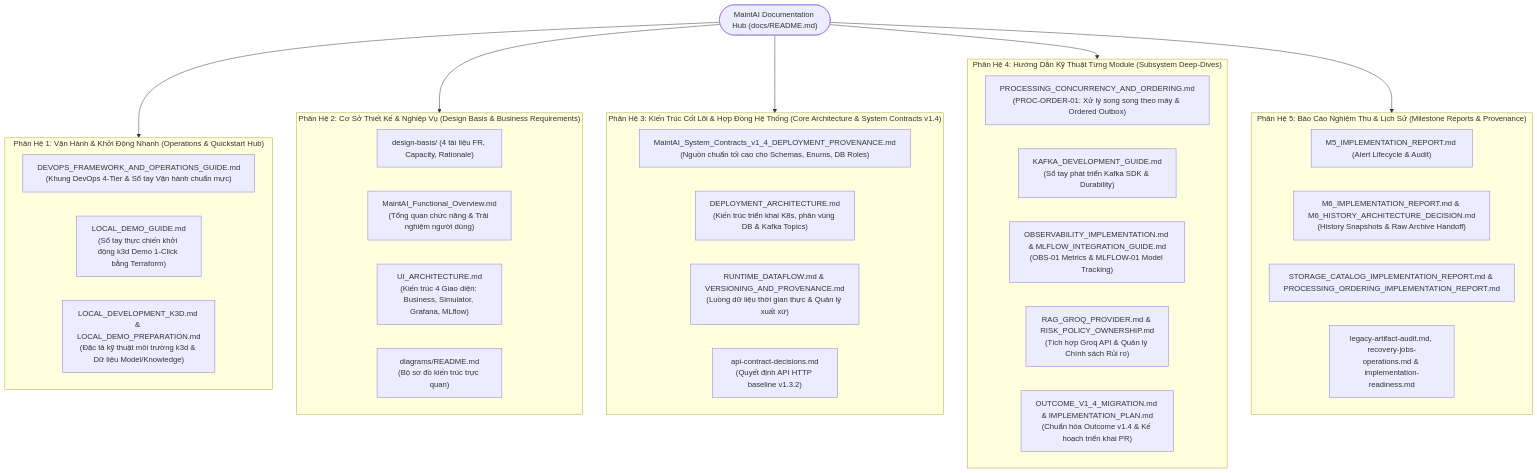
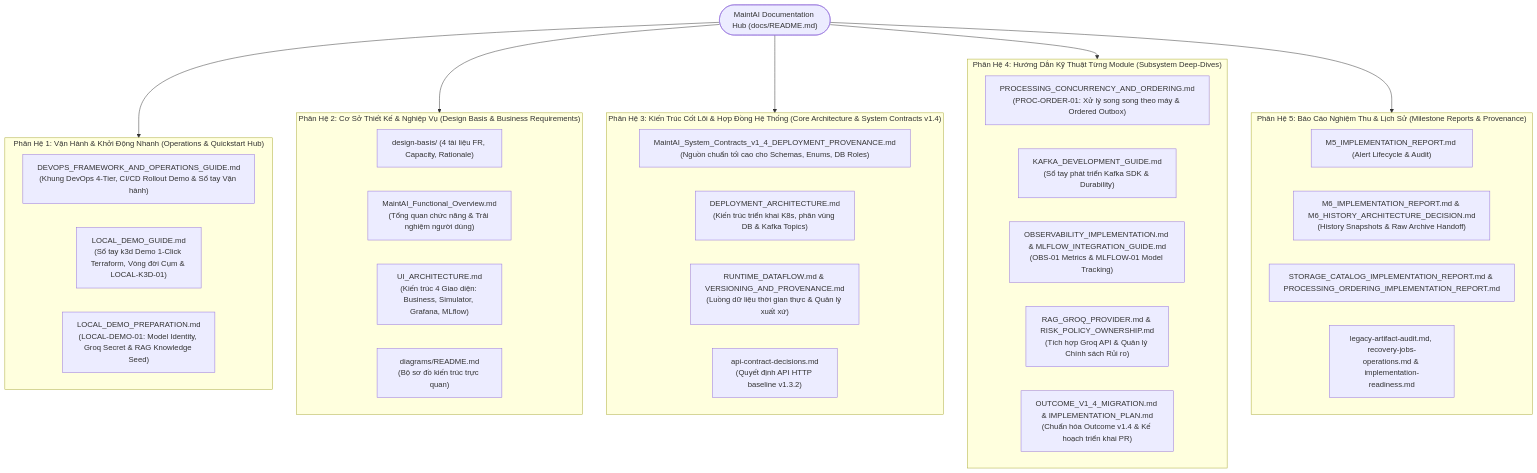
The diagram in docs/README.md (chiendz11/MaintAI), drawn with Mermaid before and after one commit. The commit also changed other lines of this file and 13 other files, not shown here.

````diff
--- a/docs/README.md
+++ b/docs/README.md
@@ -9,45 +9,45 @@
 ```mermaid
 flowchart TD
     Hub(["MaintAI Documentation Hub (docs/README.md)"])
 
     subgraph Tier1 ["Phân Hệ 1: Vận Hành & Khởi Động Nhanh (Operations & Quickstart Hub)"]
-        D1["DEVOPS_FRAMEWORK_AND_OPERATIONS_GUIDE.md\n(Khung DevOps 4-Tier & Sổ tay Vận hành chuẩn mực)"]
-        D2["LOCAL_DEMO_GUIDE.md\n(Sổ tay thực chiến khởi động k3d Demo 1-Click bằng Terraform)"]
-        D3["LOCAL_DEVELOPMENT_K3D.md & LOCAL_DEMO_PREPARATION.md\n(Đặc tả kỹ thuật môi trường k3d & Dữ liệu Model/Knowledge)"]
+        D1["DEVOPS_FRAMEWORK_AND_OPERATIONS_GUIDE.md\n(Khung DevOps 4-Tier, CI/CD Rollout Demo & Sổ tay Vận hành)"]
+        D2["LOCAL_DEMO_GUIDE.md\n(Sổ tay k3d Demo 1-Click Terraform, Vòng đời Cụm & LOCAL-K3D-01)"]
+        D3["LOCAL_DEMO_PREPARATION.md\n(LOCAL-DEMO-01: Model Identity, Groq Secret & RAG Knowledge Seed)"]
     end
 
     subgraph Tier2 ["Phân Hệ 2: Cơ Sở Thiết Kế & Nghiệp Vụ (Design Basis & Business Requirements)"]
         B1["design-basis/ (4 tài liệu FR, Capacity, Rationale)"]
         B2["MaintAI_Functional_Overview.md\n(Tổng quan chức năng & Trải nghiệm người dùng)"]
         B3["UI_ARCHITECTURE.md\n(Kiến trúc 4 Giao diện: Business, Simulator, Grafana, MLflow)"]
         B4["diagrams/README.md\n(Bộ sơ đồ kiến trúc trực quan)"]
     end
 
     subgraph Tier3 ["Phân Hệ 3: Kiến Trúc Cốt Lõi & Hợp Đồng Hệ Thống (Core Architecture & System Contracts v1.4)"]
         C1["MaintAI_System_Contracts_v1_4_DEPLOYMENT_PROVENANCE.md\n(Nguồn chuẩn tối cao cho Schemas, Enums, DB Roles)"]
         C2["DEPLOYMENT_ARCHITECTURE.md\n(Kiến trúc triển khai K8s, phân vùng DB & Kafka Topics)"]
         C3["RUNTIME_DATAFLOW.md & VERSIONING_AND_PROVENANCE.md\n(Luồng dữ liệu thời gian thực & Quản lý xuất xứ)"]
         C4["api-contract-decisions.md\n(Quyết định API HTTP baseline v1.3.2)"]
     end
 
     subgraph Tier4 ["Phân Hệ 4: Hướng Dẫn Kỹ Thuật Từng Module (Subsystem Deep-Dives)"]
         M1["PROCESSING_CONCURRENCY_AND_ORDERING.md\n(PROC-ORDER-01: Xử lý song song theo máy & Ordered Outbox)"]
         M2["KAFKA_DEVELOPMENT_GUIDE.md\n(Sổ tay phát triển Kafka SDK & Durability)"]
         M3["OBSERVABILITY_IMPLEMENTATION.md & MLFLOW_INTEGRATION_GUIDE.md\n(OBS-01 Metrics & MLFLOW-01 Model Tracking)"]
         M4["RAG_GROQ_PROVIDER.md & RISK_POLICY_OWNERSHIP.md\n(Tích hợp Groq API & Quản lý Chính sách Rủi ro)"]
         M5["OUTCOME_V1_4_MIGRATION.md & IMPLEMENTATION_PLAN.md\n(Chuẩn hóa Outcome v1.4 & Kế hoạch triển khai PR)"]
     end
 
     subgraph Tier5 ["Phân Hệ 5: Báo Cáo Nghiệm Thu & Lịch Sử (Milestone Reports & Provenance)"]
         R1["M5_IMPLEMENTATION_REPORT.md (Alert Lifecycle & Audit)"]
         R2["M6_IMPLEMENTATION_REPORT.md & M6_HISTORY_ARCHITECTURE_DECISION.md\n(History Snapshots & Raw Archive Handoff)"]
         R3["STORAGE_CATALOG_IMPLEMENTATION_REPORT.md & PROCESSING_ORDERING_IMPLEMENTATION_REPORT.md"]
         R4["legacy-artifact-audit.md, recovery-jobs-operations.md & implementation-readiness.md"]
     end
 
     Hub --> Tier1
     Hub --> Tier2
     Hub --> Tier3
     Hub --> Tier4
     Hub --> Tier5
 ```
````
